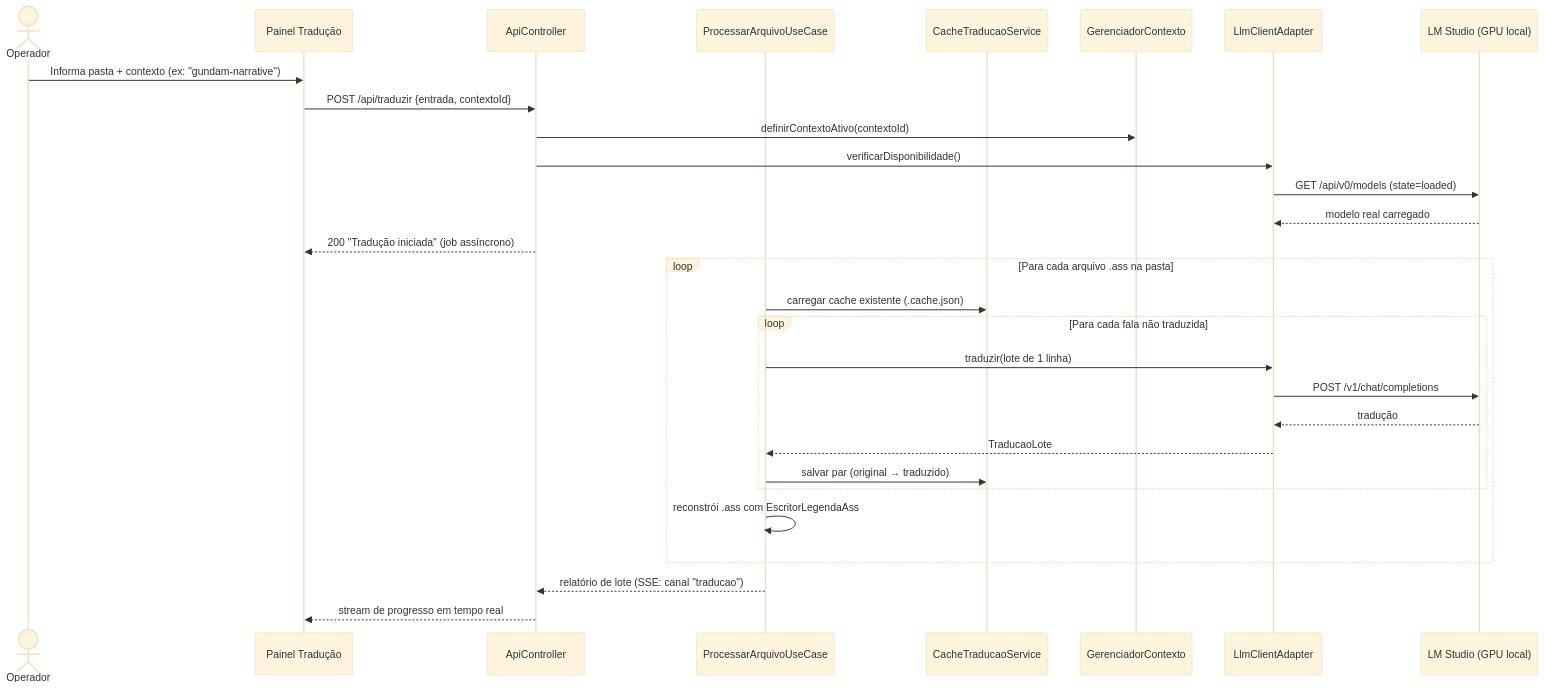
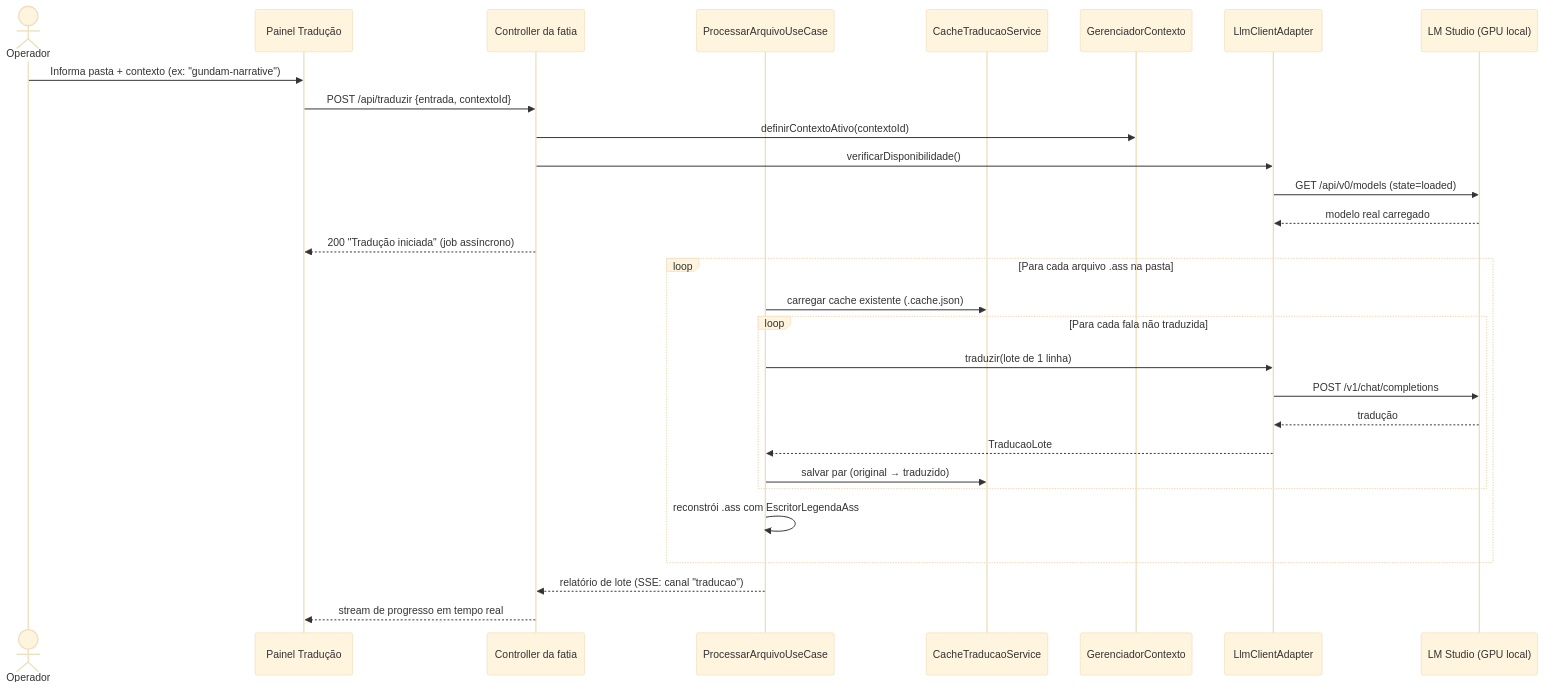
One commit to carmipa/traducao_animes_llm_local_quarkus-1 changed the fifth of 5 diagrams in docs/arquitetura.md. Above: the diagram before and after it, drawn with Mermaid (base theme). The commit also changed other lines of this file and 5 other files, not shown here.

First line of the commit message:
docs: varredura de referencia morta nos 26 documentos — o ApiController que nao existe mais

````diff
--- a/docs/arquitetura.md
+++ b/docs/arquitetura.md
@@ -325,33 +325,33 @@
 ```mermaid
 sequenceDiagram
     actor Op as Operador
     participant UI as Painel Tradução
-    participant API as ApiController
+    participant API as Controller da fatia
     participant UC as ProcessarArquivoUseCase
     participant Cache as CacheTraducaoService
     participant Ctx as GerenciadorContexto
     participant LLM as LlmClientAdapter
     participant LMS as LM Studio (GPU local)
 
     Op->>UI: Informa pasta + contexto (ex: "gundam-narrative")
     UI->>API: POST /api/traduzir {entrada, contextoId}
     API->>Ctx: definirContextoAtivo(contextoId)
     API->>LLM: verificarDisponibilidade()
     LLM->>LMS: GET /api/v0/models (state=loaded)
     LMS-->>LLM: modelo real carregado
     API-->>UI: 200 "Tradução iniciada" (job assíncrono)
 
     loop Para cada arquivo .ass na pasta
         UC->>Cache: carregar cache existente (.cache.json)
         loop Para cada fala não traduzida
             UC->>LLM: traduzir(lote de 1 linha)
             LLM->>LMS: POST /v1/chat/completions
             LMS-->>LLM: tradução
             LLM-->>UC: TraducaoLote
             UC->>Cache: salvar par (original → traduzido)
         end
         UC->>UC: reconstrói .ass com EscritorLegendaAss
     end
     UC-->>API: relatório de lote (SSE: canal "traducao")
     API-->>UI: stream de progresso em tempo real
 ```
````
